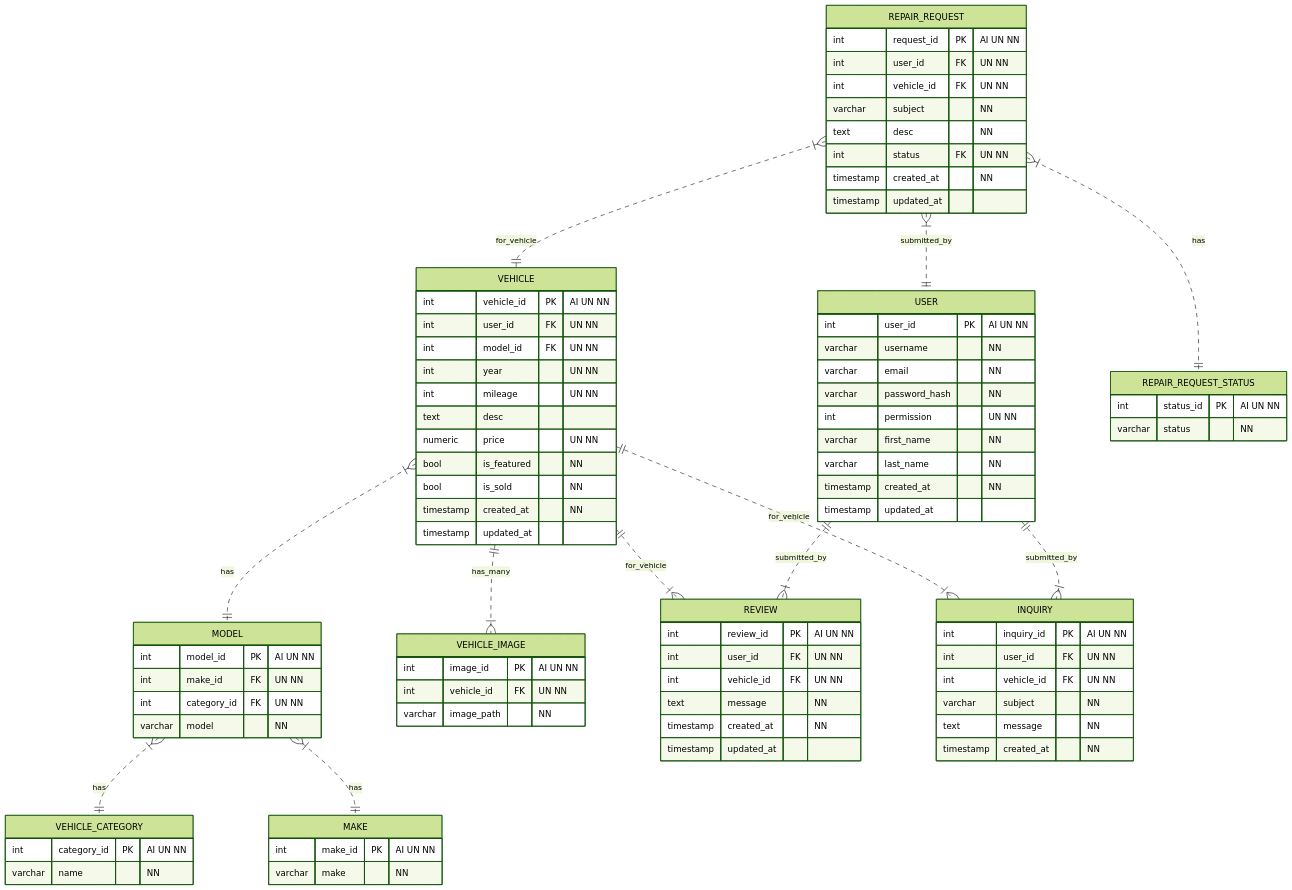
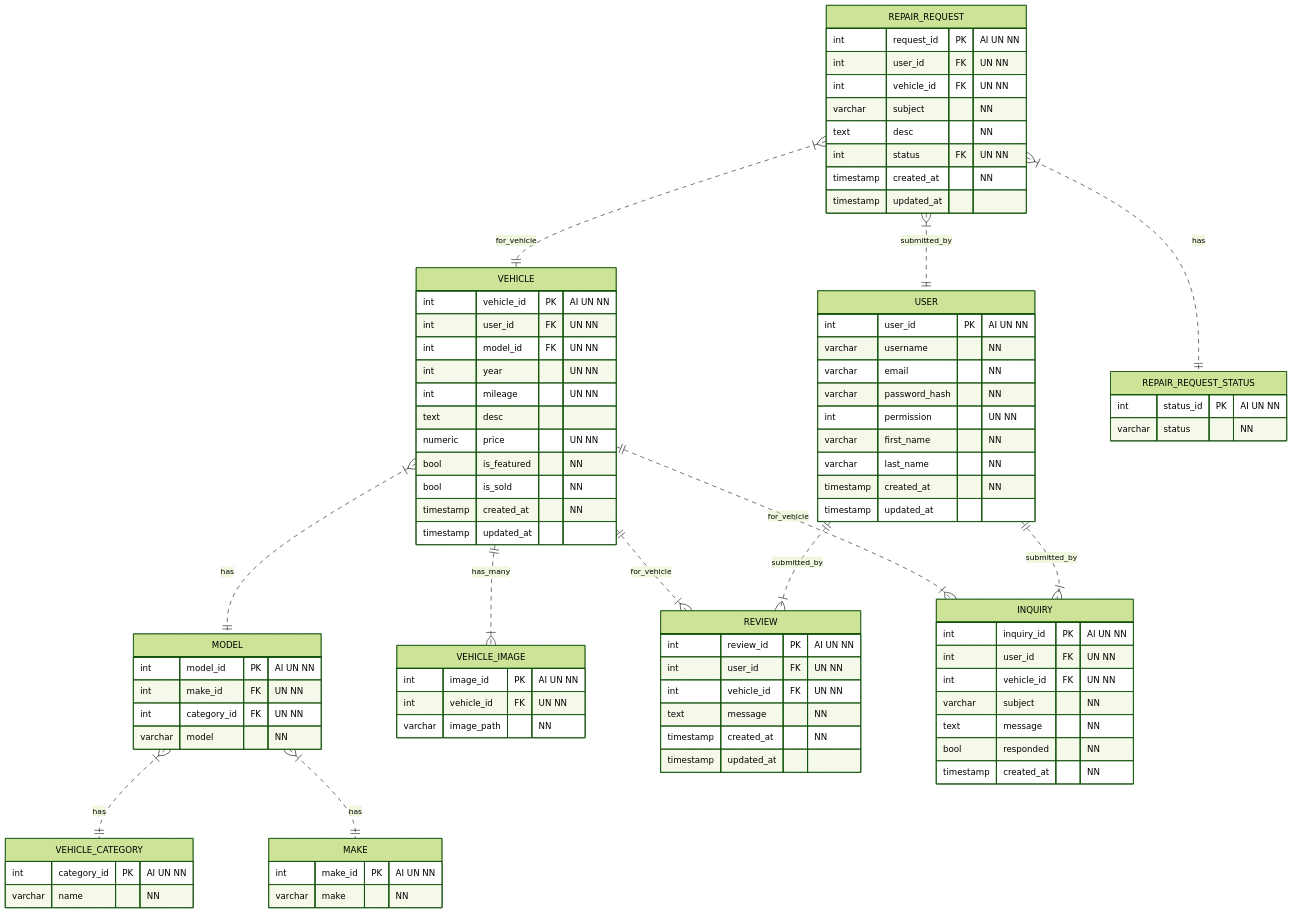
The diagram in docs/schema.md (alexanderdombroski/car_dealer), drawn with Mermaid (forest theme) before and after one commit. The commit also changed 4 other files, not shown here.

```diff
--- a/docs/schema.md
+++ b/docs/schema.md
@@ -62,6 +62,7 @@
         int vehicle_id FK "UN NN"
         varchar subject "NN"
         text message "NN"
+        bool responded "NN"
         timestamp created_at "NN"
     }
     REPAIR_REQUEST {
```
